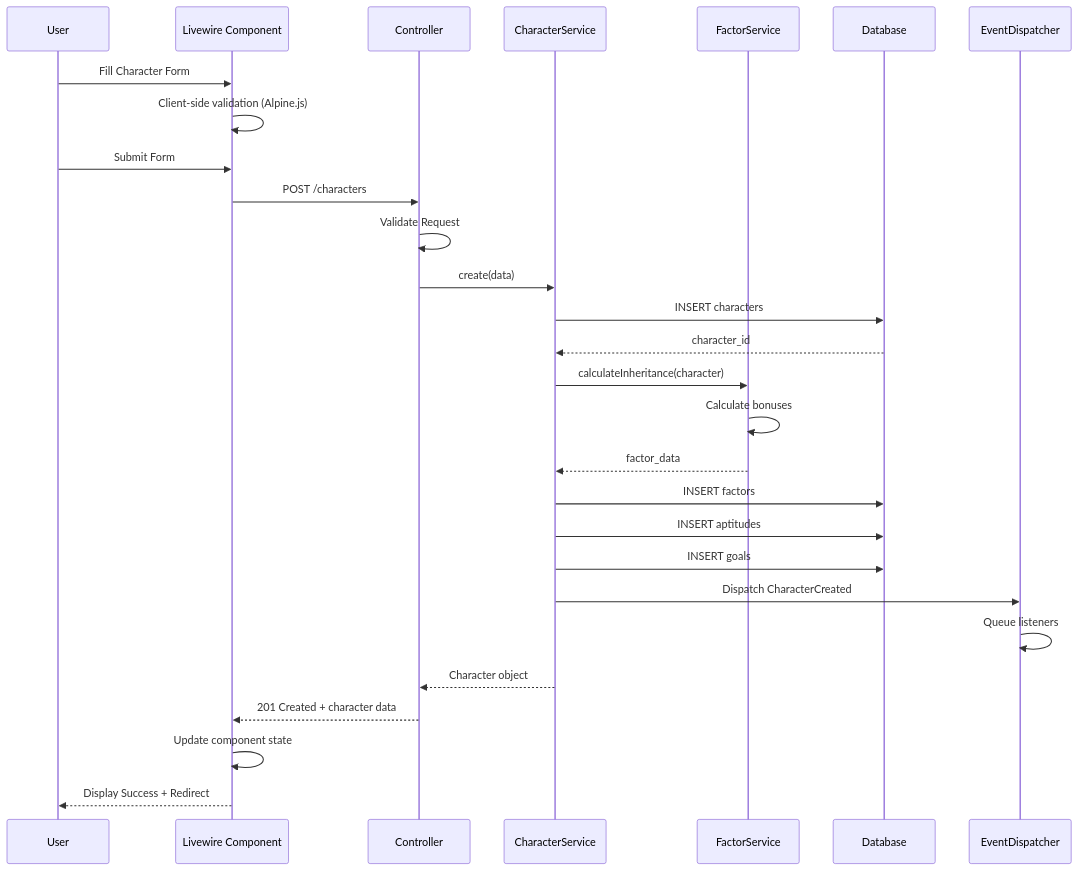
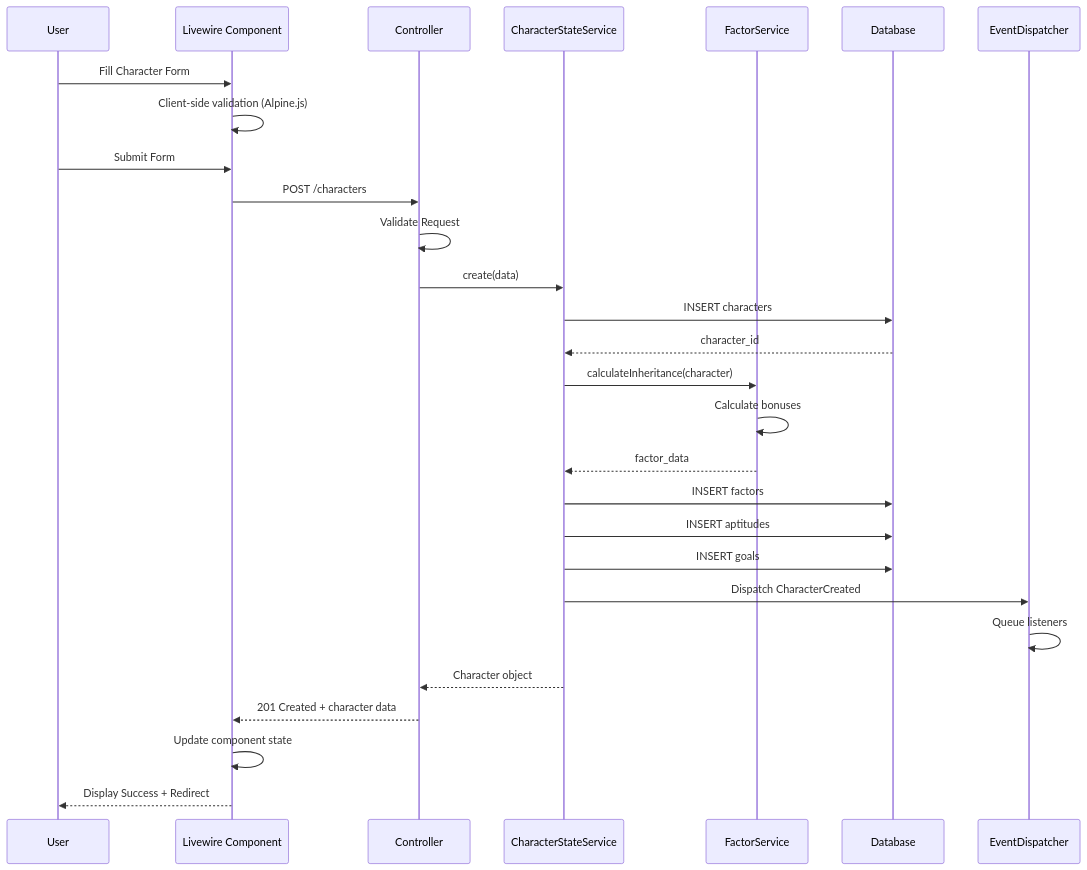
One commit to exatfrds67/umamusume-career-planner changed the first of 17 diagrams in docs/01-sequences/000_SEQUENCE_DIAGRAMS_INDEX.md. Above: the diagram before and after it, drawn with Mermaid. The commit also changed other lines of this file and 111 other files, not shown here.

````diff
--- a/docs/01-sequences/000_SEQUENCE_DIAGRAMS_INDEX.md
+++ b/docs/01-sequences/000_SEQUENCE_DIAGRAMS_INDEX.md
@@ -32,36 +32,36 @@
 ```mermaid
 sequenceDiagram
     participant User
     participant UI as Livewire Component
     participant Controller
-    participant CharacterService
+    participant CharacterStateService
     participant FactorService
     participant Database
     participant EventDispatcher
 
     User->>UI: Fill Character Form
     UI->>UI: Client-side validation (Alpine.js)
     User->>UI: Submit Form
     UI->>Controller: POST /characters
     Controller->>Controller: Validate Request
-    Controller->>CharacterService: create(data)
+    Controller->>CharacterStateService: create(data)
     
-    CharacterService->>Database: INSERT characters
-    Database-->>CharacterService: character_id
+    CharacterStateService->>Database: INSERT characters
+    Database-->>CharacterStateService: character_id
     
-    CharacterService->>FactorService: calculateInheritance(character)
+    CharacterStateService->>FactorService: calculateInheritance(character)
     FactorService->>FactorService: Calculate bonuses
-    FactorService-->>CharacterService: factor_data
+    FactorService-->>CharacterStateService: factor_data
     
-    CharacterService->>Database: INSERT factors
-    CharacterService->>Database: INSERT aptitudes
-    CharacterService->>Database: INSERT goals
+    CharacterStateService->>Database: INSERT factors
+    CharacterStateService->>Database: INSERT aptitudes
+    CharacterStateService->>Database: INSERT goals
     
-    CharacterService->>EventDispatcher: Dispatch CharacterCreated
+    CharacterStateService->>EventDispatcher: Dispatch CharacterCreated
     EventDispatcher->>EventDispatcher: Queue listeners
     
-    CharacterService-->>Controller: Character object
+    CharacterStateService-->>Controller: Character object
     Controller-->>UI: 201 Created + character data
     UI->>UI: Update component state
     UI-->>User: Display Success + Redirect
 ```
````
